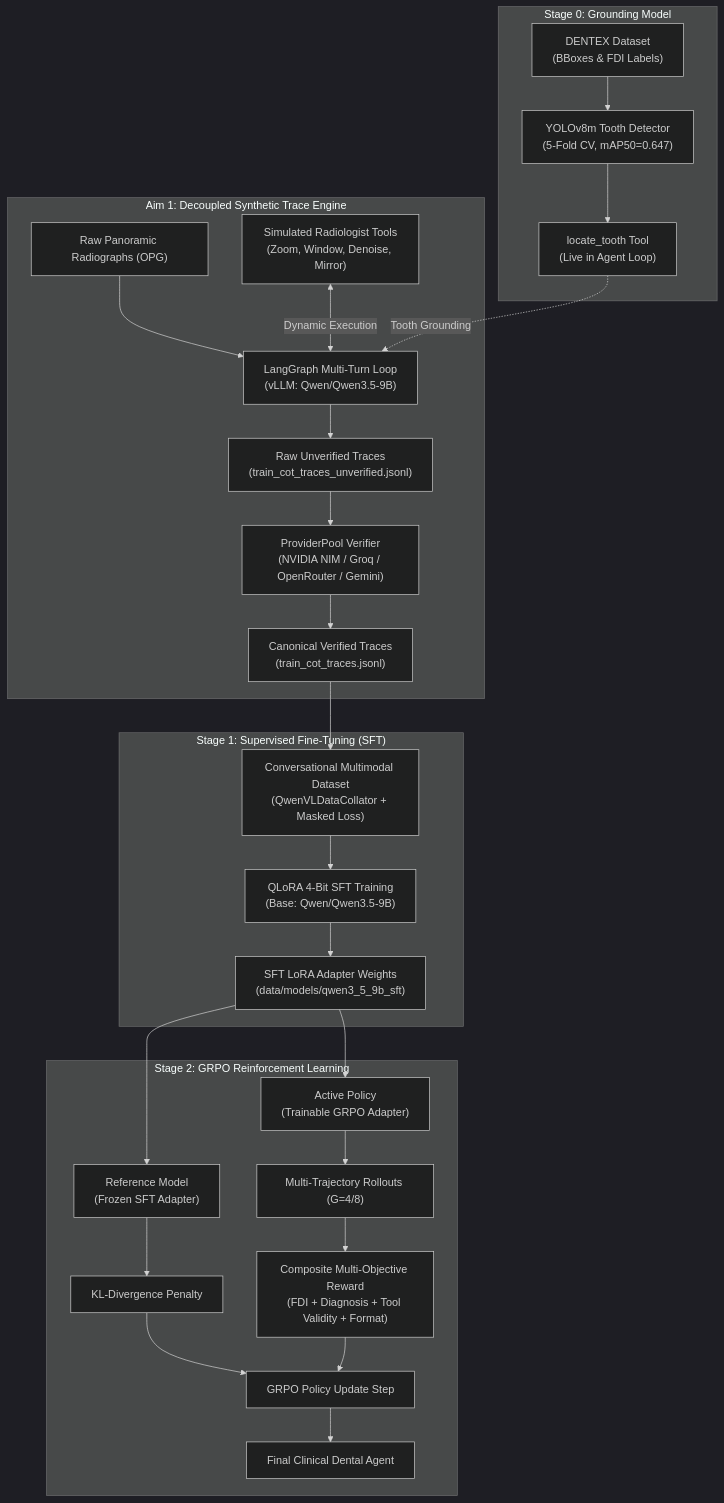
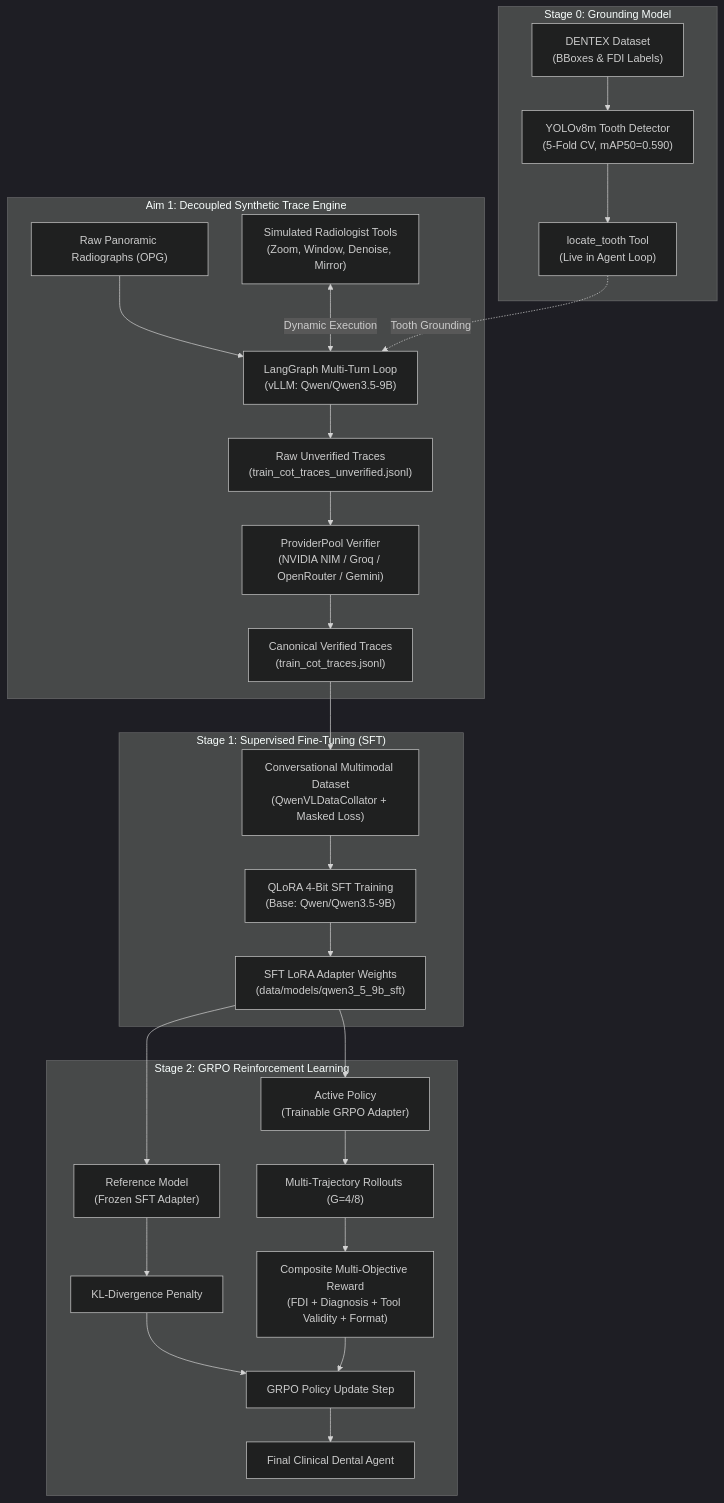
The first of 5 diagrams in figures/visualization_prompts.md (rezaxr14/VLM-DENTAL), drawn with Mermaid (dark theme) before and after one commit. The commit also changed 11 other files, not shown here.

````diff
--- a/figures/visualization_prompts.md
+++ b/figures/visualization_prompts.md
@@ -10,32 +10,32 @@
 ```mermaid
 flowchart TD
     subgraph S0["Stage 0: Grounding Model"]
-        D0["DENTEX Dataset<br/>(BBoxes & FDI Labels)"] --> Y0["YOLOv8m Tooth Detector<br/>(5-Fold CV, mAP50=0.647)"]
+        D0["DENTEX Dataset<br/>(BBoxes & FDI Labels)"] --> Y0["YOLOv8m Tooth Detector<br/>(5-Fold CV, mAP50=0.590)"]
         Y0 --> GT["locate_tooth Tool<br/>(Live in Agent Loop)"]
     end
 
     subgraph S1["Aim 1: Decoupled Synthetic Trace Engine"]
         OPG["Raw Panoramic Radiographs (OPG)"] --> LG["LangGraph Multi-Turn Loop<br/>(vLLM: Qwen/Qwen3.5-9B)"]
         GT -.->|Tooth Grounding| LG
         TR["Simulated Radiologist Tools<br/>(Zoom, Window, Denoise, Mirror)"] <-->|Dynamic Execution| LG
         LG --> RAW["Raw Unverified Traces<br/>(train_cot_traces_unverified.jsonl)"]
         RAW --> VP["ProviderPool Verifier<br/>(NVIDIA NIM / Groq / OpenRouter / Gemini)"]
         VP --> VER["Canonical Verified Traces<br/>(train_cot_traces.jsonl)"]
     end
 
     subgraph S2["Stage 1: Supervised Fine-Tuning (SFT)"]
         VER --> SFT_DATA["Conversational Multimodal Dataset<br/>(QwenVLDataCollator + Masked Loss)"]
         SFT_DATA --> SFT_TRAIN["QLoRA 4-Bit SFT Training<br/>(Base: Qwen/Qwen3.5-9B)"]
         SFT_TRAIN --> SFT_ADAPTER["SFT LoRA Adapter Weights<br/>(data/models/qwen3_5_9b_sft)"]
     end
 
     subgraph S3["Stage 2: GRPO Reinforcement Learning"]
         SFT_ADAPTER --> REF["Reference Model<br/>(Frozen SFT Adapter)"]
         SFT_ADAPTER --> POL["Active Policy<br/>(Trainable GRPO Adapter)"]
         POL --> ROLL["Multi-Trajectory Rollouts (G=4/8)"]
         ROLL --> REW["Composite Multi-Objective Reward<br/>(FDI + Diagnosis + Tool Validity + Format)"]
         REF --> KL["KL-Divergence Penalty"]
         REW & KL --> GRPO_OPT["GRPO Policy Update Step"]
         GRPO_OPT --> FINAL["Final Clinical Dental Agent"]
     end
 ```
````
